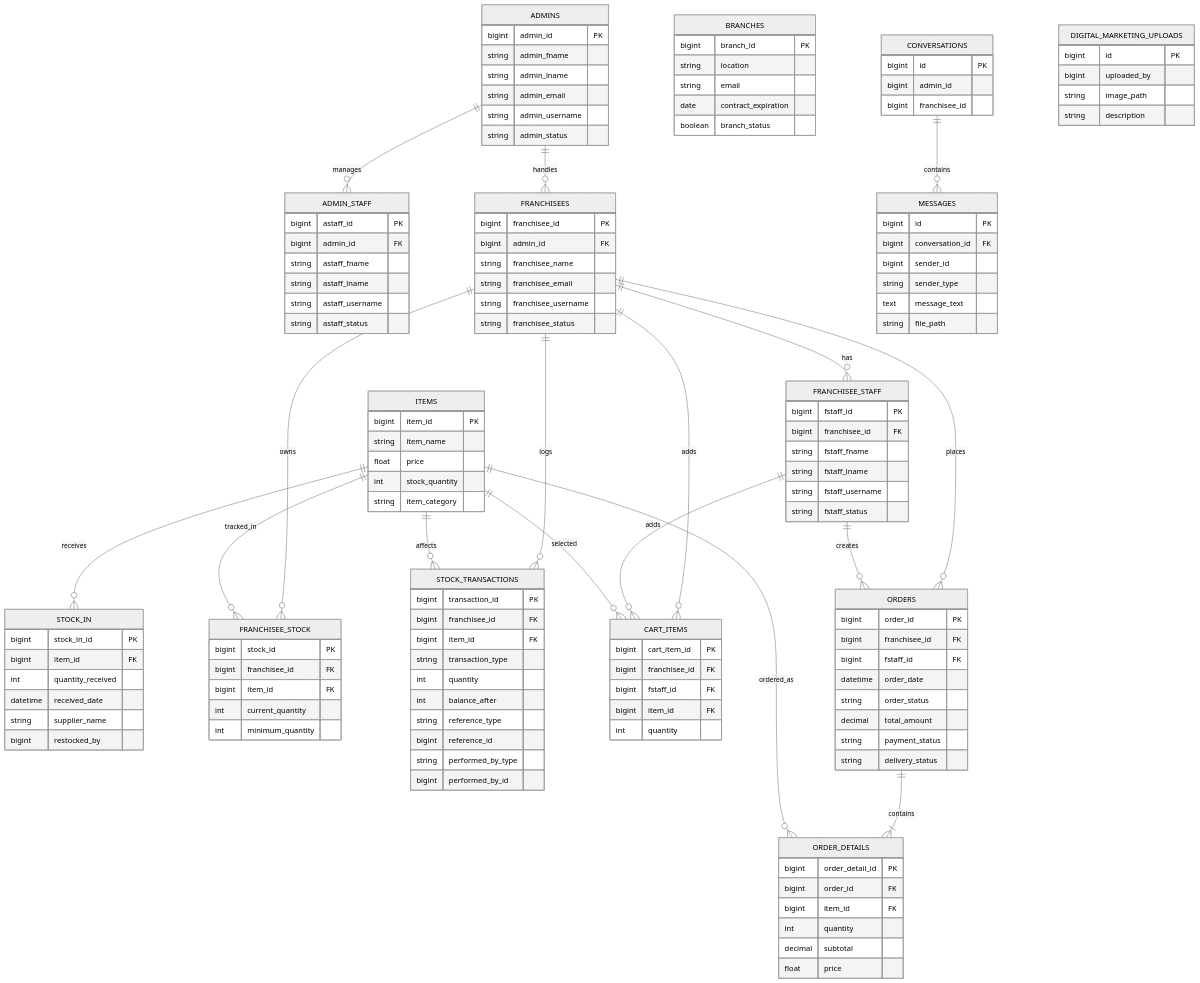
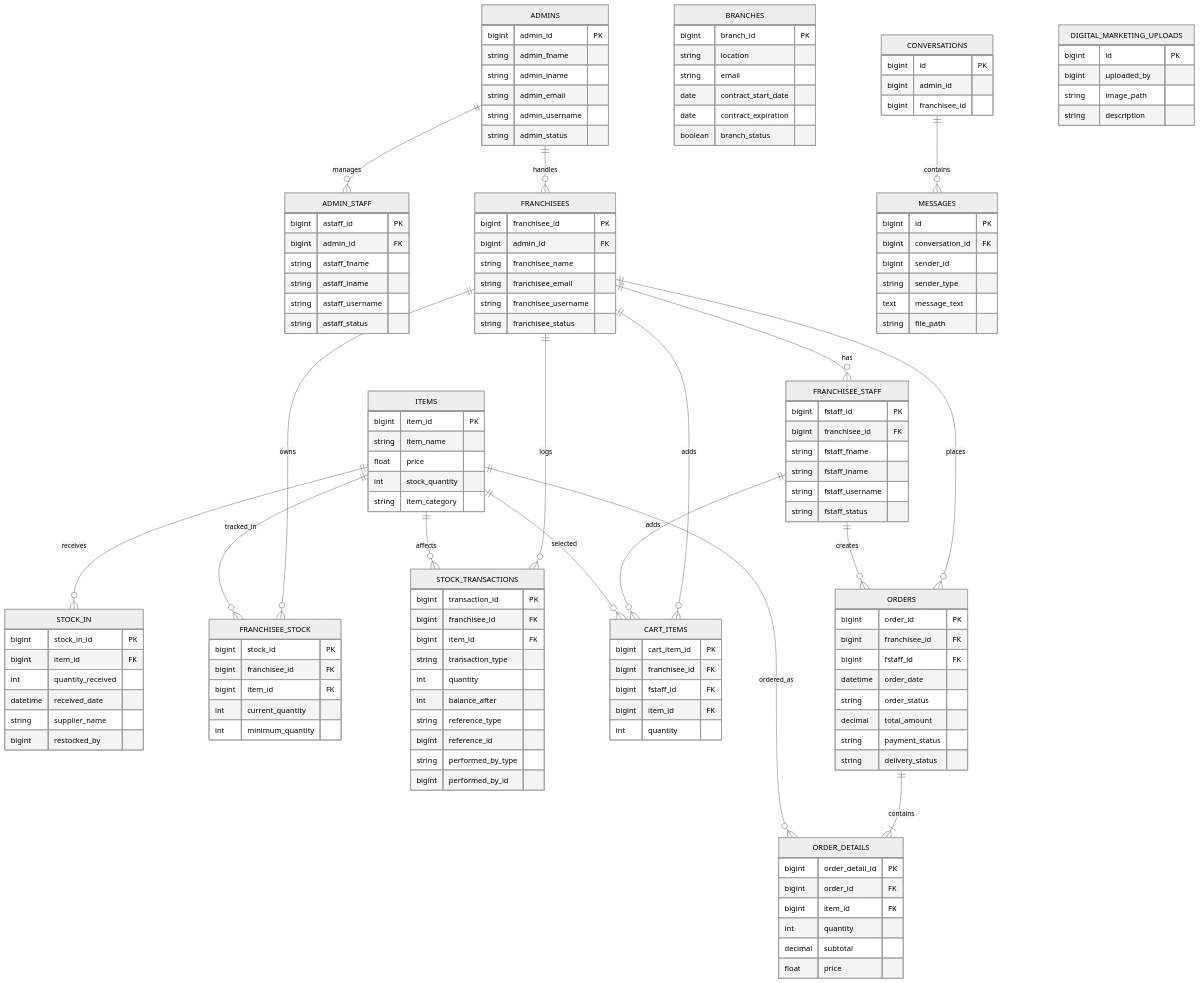
Before and after one commit to bcmncapstone/dsizzlers: the diagram in docs/database-erd.md, drawn with Mermaid (neutral theme). The commit also changed 96 other files, not shown here.

```diff
--- a/docs/database-erd.md
+++ b/docs/database-erd.md
@@ -144,6 +144,7 @@
         bigint branch_id PK
         string location
         string email
+        date contract_start_date
         date contract_expiration
         boolean branch_status
     }
```
